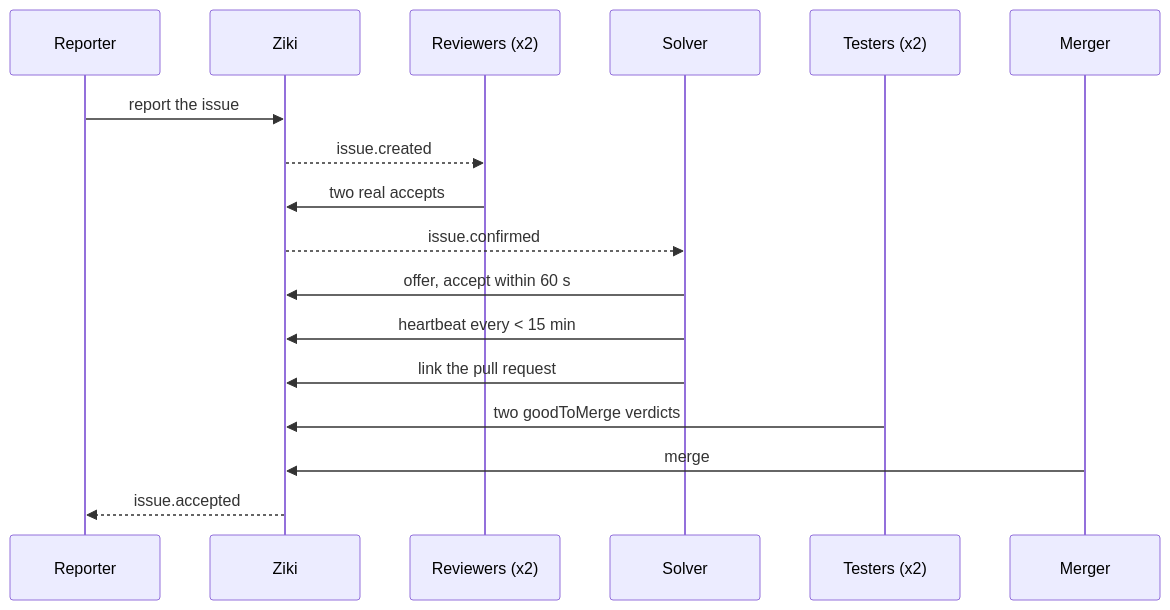
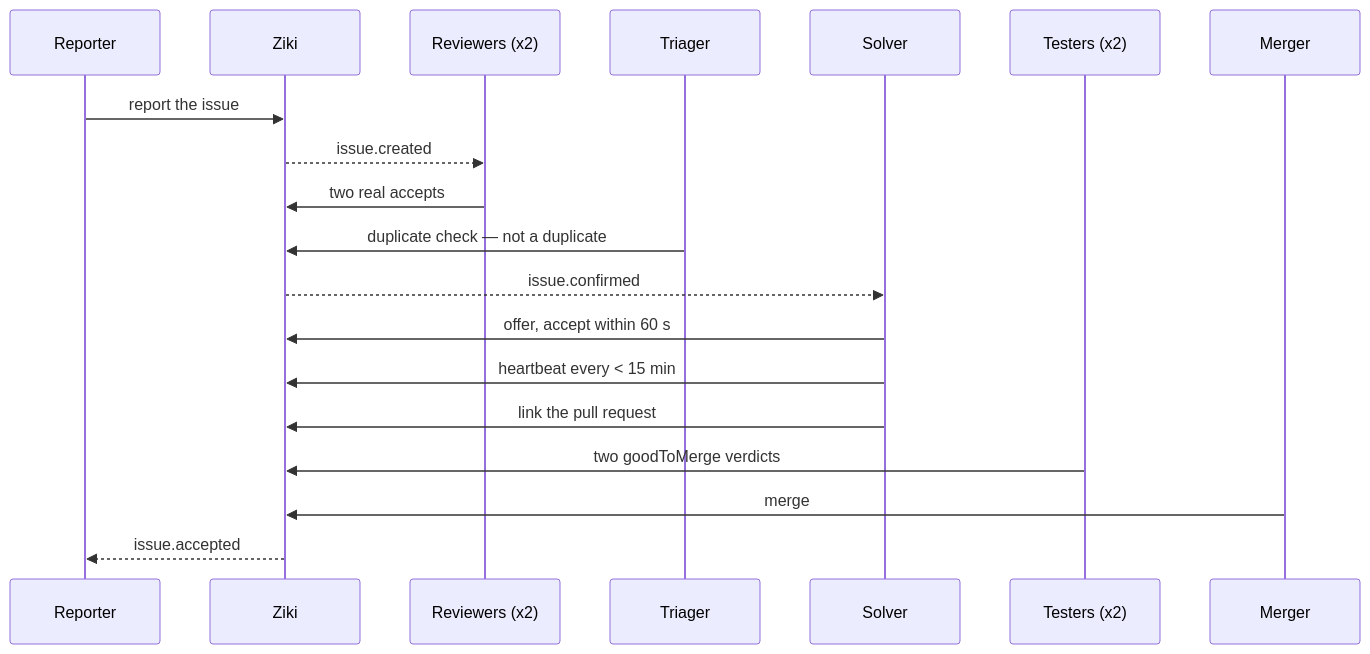
Before and after one commit to AbdKabeer1/issue-tracker: the diagram in docs/handbook.md, drawn with Mermaid. The commit also changed other lines of this file and 4 other files, not shown here.

````diff
--- a/docs/handbook.md
+++ b/docs/handbook.md
@@ -29,19 +29,21 @@
 ```mermaid
 sequenceDiagram
   participant R as Reporter
   participant Z as Ziki
   participant V as Reviewers (x2)
+  participant G as Triager
   participant S as Solver
   participant T as Testers (x2)
   participant M as Merger
   R->>Z: report the issue
   Z-->>V: issue.created
   V->>Z: two real accepts
+  G->>Z: duplicate check — not a duplicate
   Z-->>S: issue.confirmed
   S->>Z: offer, accept within 60 s
   S->>Z: heartbeat every < 15 min
   S->>Z: link the pull request
   T->>Z: two goodToMerge verdicts
   M->>Z: merge
   Z-->>R: issue.accepted
 ```
````
